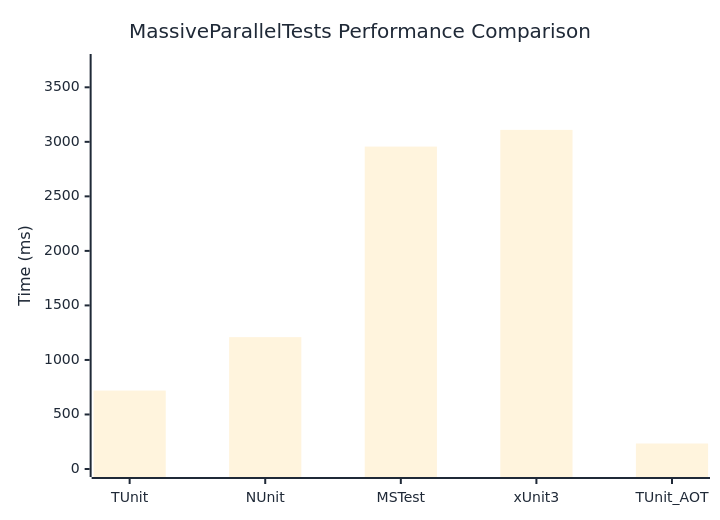
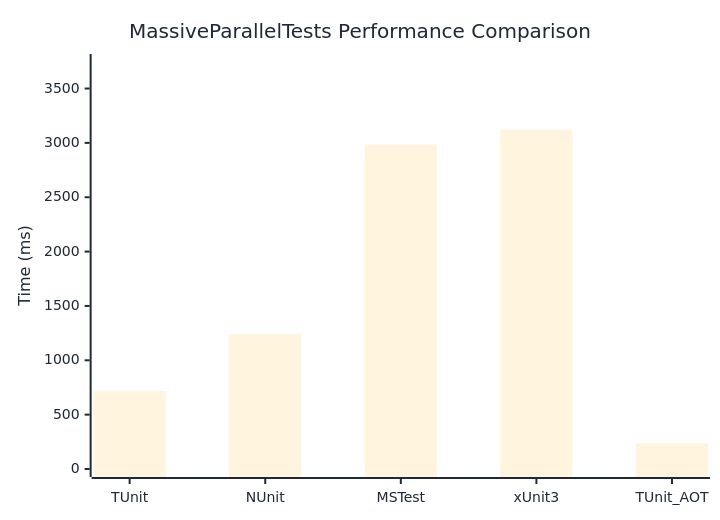
Before and after one commit to thomhurst/TUnit: the diagram in docs/docs/benchmarks/MassiveParallelTests.md, drawn with Mermaid. The commit also changed other lines of this file and 17 other files, not shown here.

````diff
--- a/docs/docs/benchmarks/MassiveParallelTests.md
+++ b/docs/docs/benchmarks/MassiveParallelTests.md
@@ -27,37 +27,37 @@
 ```mermaid
 %%{init: {
   'theme':'base',
   'themeVariables': {
     'primaryColor': '#2563eb',
     'primaryTextColor': '#1f2937',
     'primaryBorderColor': '#1e40af',
     'lineColor': '#6b7280',
     'secondaryColor': '#7c3aed',
     'tertiaryColor': '#dc2626',
     'background': '#ffffff',
     'mainBkg': '#2563eb',
     'secondBkg': '#7c3aed',
     'tertiaryBkg': '#dc2626',
     'clusterBkg': '#f3f4f6',
     'edgeLabelBackground': '#ffffff',
     'tertiaryTextColor': '#1f2937',
     'pie1': '#2563eb',
     'pie2': '#7c3aed',
     'pie3': '#dc2626',
     'pie4': '#f59e0b',
     'pie5': '#10b981',
     'pie6': '#06b6d4',
     'pie7': '#ec4899',
     'pie8': '#6366f1',
     'pie9': '#84cc16',
     'pie10': '#f97316',
     'pie11': '#14b8a6',
     'pie12': '#a855f7'
   }
 }}%%
 xychart-beta
   title "MassiveParallelTests Performance Comparison"
   x-axis ["TUnit", "NUnit", "MSTest", "xUnit3", "TUnit_AOT"]
-  y-axis "Time (ms)" 0 --> 3732
-  bar [719.3, 1209.1, 2956.4, 3109.5, 233.9]
+  y-axis "Time (ms)" 0 --> 3744
+  bar [717.2, 1241, 2985, 3119.9, 234.7]
 ```
````
